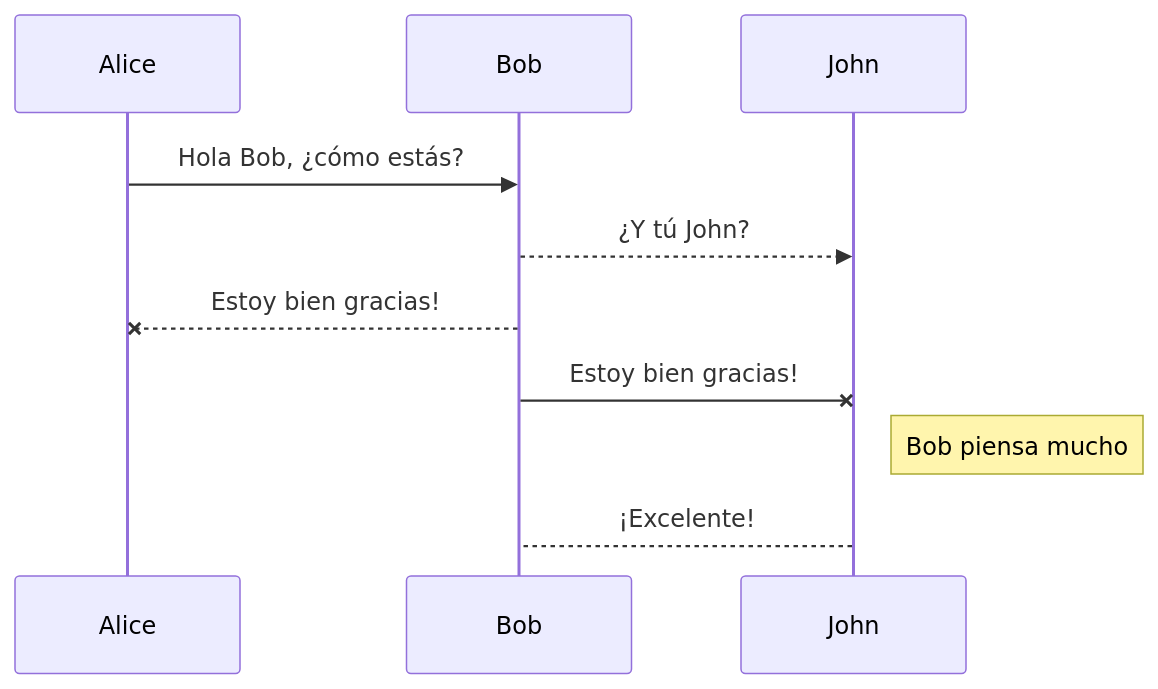
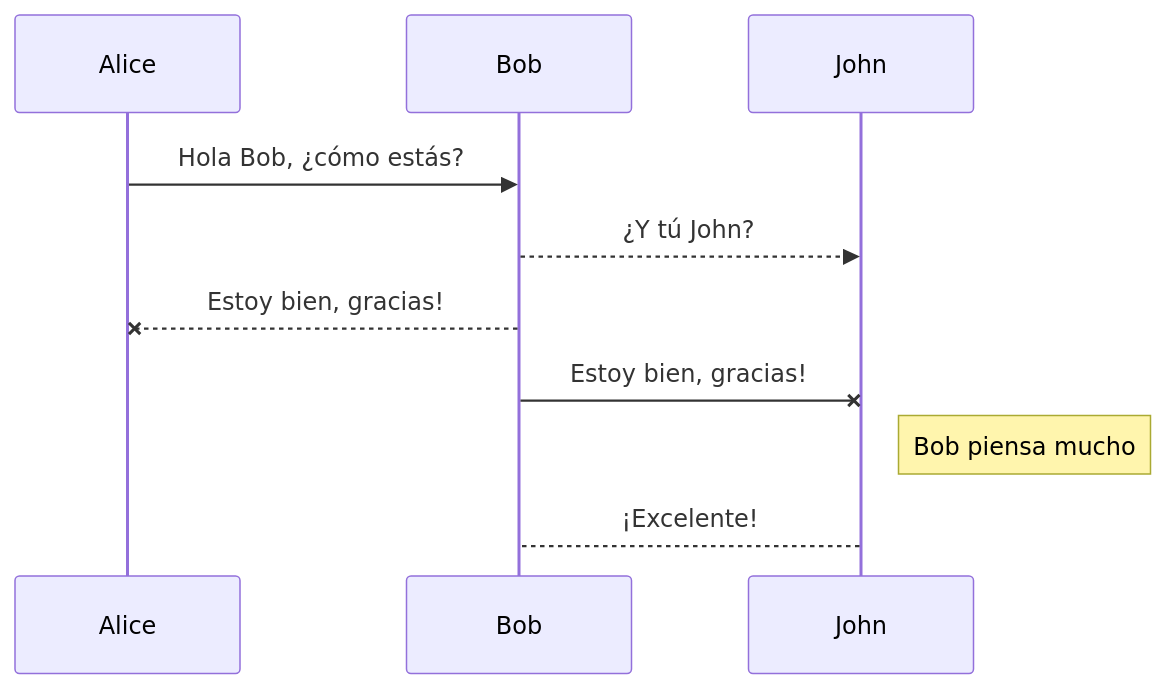
The second of 2 diagrams in content/explicacion_markdown.md (luisnisc/blogLuis), drawn with Mermaid before and after one commit. The commit also changed other lines of this file and 10 other files, not shown here.

Commit message:
esquemas en mermaid arreglados, organizacion de las paginas de contenido

````diff
--- a/content/explicacion_markdown.md
+++ b/content/explicacion_markdown.md
@@ -221,9 +225,9 @@
-  ```mermaid
-  sequenceDiagram
-    Alice ->> Bob: Hola Bob, ¿cómo estás?
-    Bob-->>John: ¿Y tú John?
-    Bob--x Alice: Estoy bien gracias!
-    Bob-x John: Estoy bien gracias!
-    Note right of John: Bob piensa mucho
-    John-->Bob: ¡Excelente!
-  ```
+{{< mermaid >}}
+sequenceDiagram
+  Alice->>Bob: Hola Bob, ¿cómo estás?
+  Bob-->>John: ¿Y tú John?
+  Bob--xAlice: Estoy bien, gracias!
+  Bob-xJohn: Estoy bien, gracias!
+  Note right of John: Bob piensa mucho
+  John-->Bob: ¡Excelente!
+{{< /mermaid >}}
````
